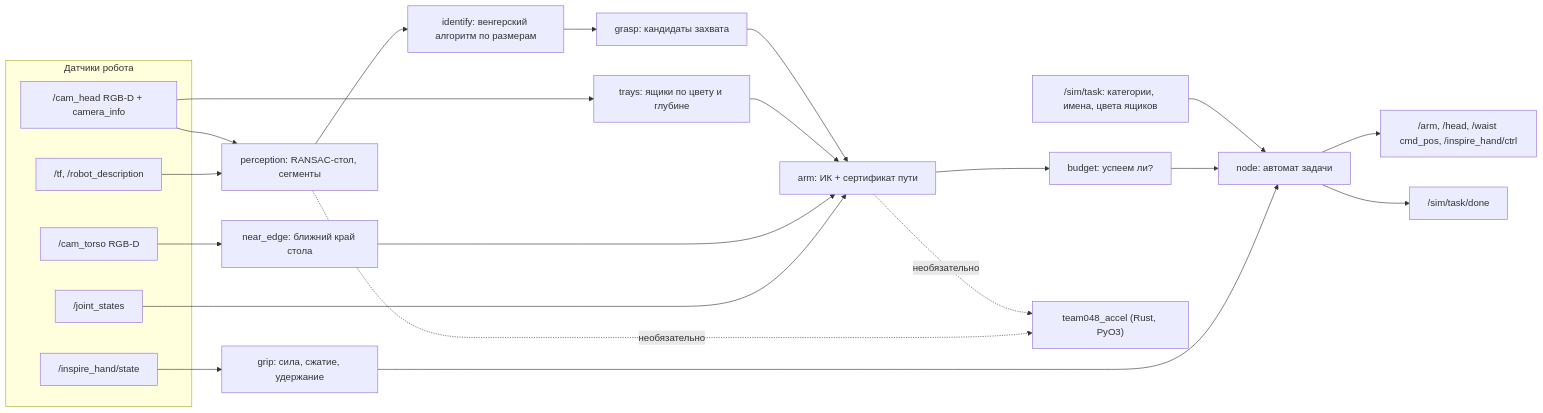
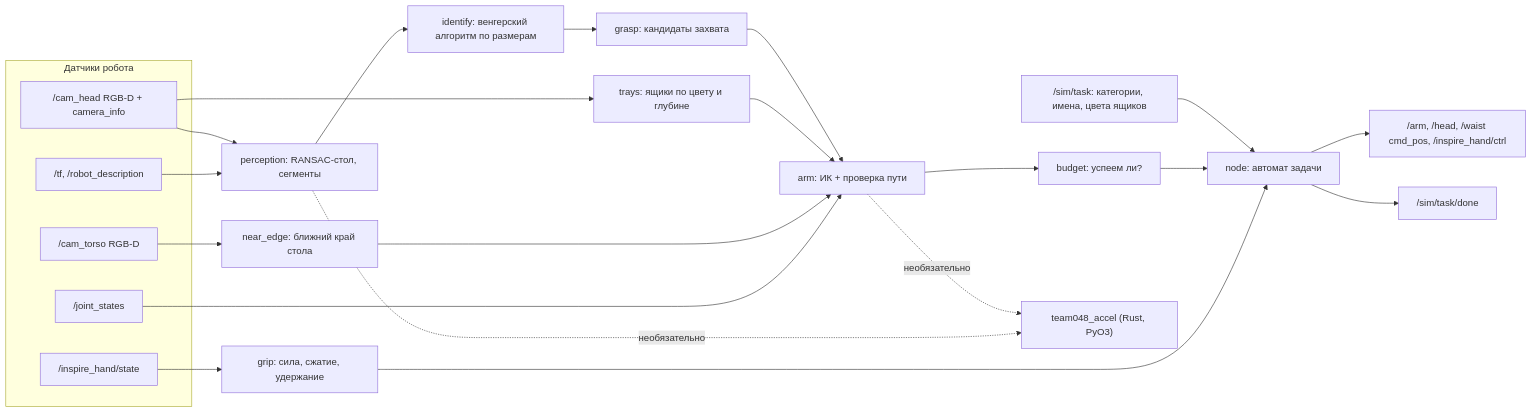
The first of 2 diagrams in README.md (KonkovDV/DeftSort), drawn with Mermaid before and after one commit. The commit also changed other lines of this file and 11 other files, not shown here.

Commit message:
docs: rewrite README (ru/en), ARCHITECTURE, COMPLIANCE, CHANGELOG (ru) for the jury; MATH_PHYSICS/PARAMETERS cleaned; drop ORG_ANSWERS and PREPUSH_CHECKLIST; add tools/verify.sh and tools/bench_accel.py

````diff
--- a/README.md
+++ b/README.md
@@ -69,29 +79,29 @@
 ```mermaid
 flowchart LR
   subgraph S["Датчики робота"]
     HC["/cam_head RGB-D + camera_info"]
     TC["/cam_torso RGB-D"]
     JS["/joint_states"]
     IH["/inspire_hand/state"]
     TF["/tf, /robot_description"]
   end
   T["/sim/task: категории, имена, цвета ящиков"] --> N
   HC --> P["perception: RANSAC-стол, сегменты"]
   TC --> E["near_edge: ближний край стола"]
   HC --> Y["trays: ящики по цвету и глубине"]
   TF --> P
   P --> I["identify: венгерский алгоритм по размерам"]
   I --> G["grasp: кандидаты захвата"]
-  G --> A["arm: ИК + сертификат пути"]
+  G --> A["arm: ИК + проверка пути"]
   Y --> A
   E --> A
   JS --> A
   A --> B["budget: успеем ли?"]
   B --> N["node: автомат задачи"]
   IH --> R["grip: сила, сжатие, удержание"]
   R --> N
   N --> C["/arm, /head, /waist cmd_pos, /inspire_hand/ctrl"]
   N --> D["/sim/task/done"]
   A -. "необязательно" .-> X["team048_accel (Rust, PyO3)"]
   P -. "необязательно" .-> X
 ```
````
